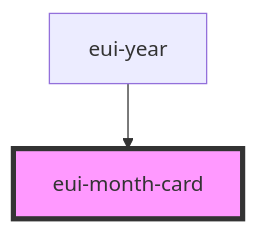
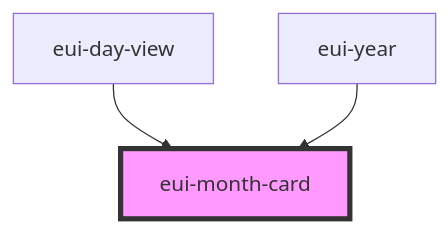
One commit to pnd-amirhosein/U_and_I changed the diagram in ensemble-ui/src/components/calendars/readme.md. Above: the diagram before and after it, drawn with Mermaid. The commit also changed other lines of this file and 10 other files, not shown here.

Commit message:
ADDED day card

````diff
--- a/ensemble-ui/src/components/calendars/readme.md
+++ b/ensemble-ui/src/components/calendars/readme.md
@@ -34,5 +35,6 @@
 ```mermaid
 graph TD;
+  eui-day-view --> eui-month-card
   eui-year --> eui-month-card
   style eui-month-card fill:#f9f,stroke:#333,stroke-width:4px
 ```
````
